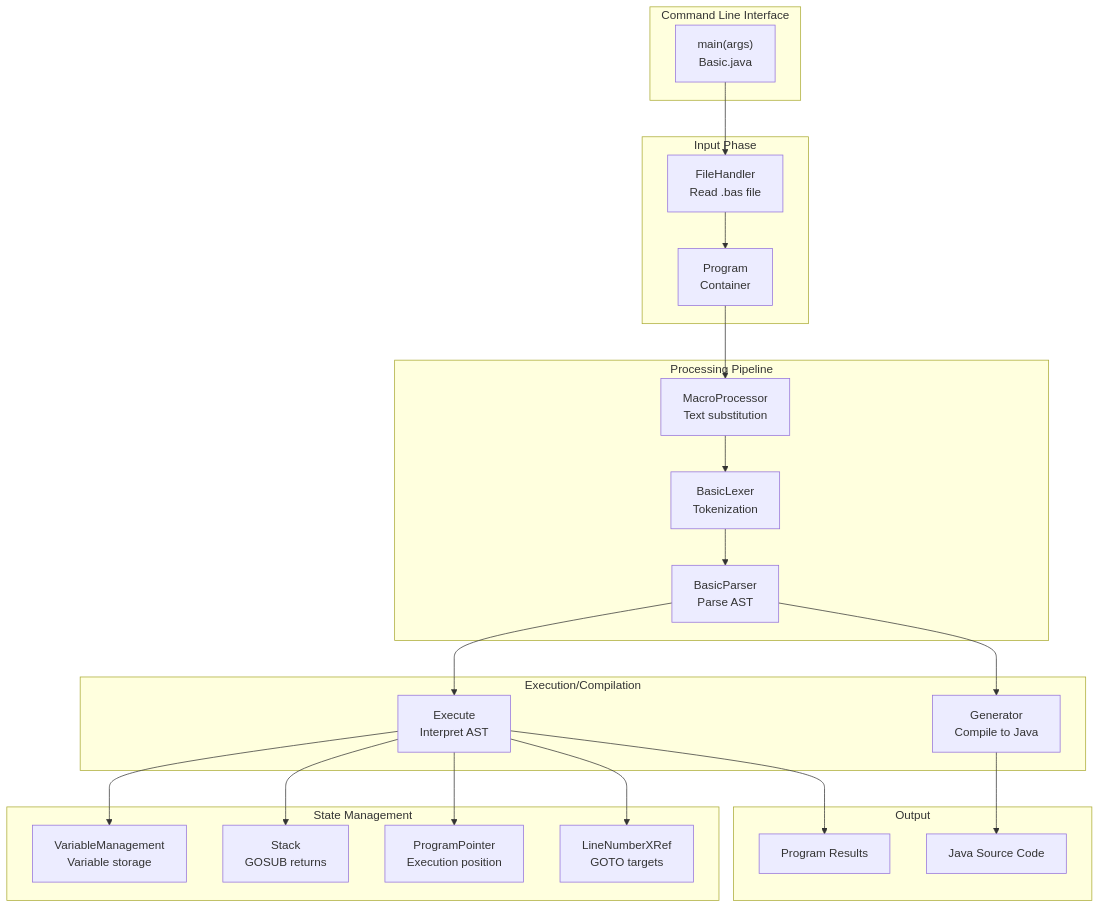
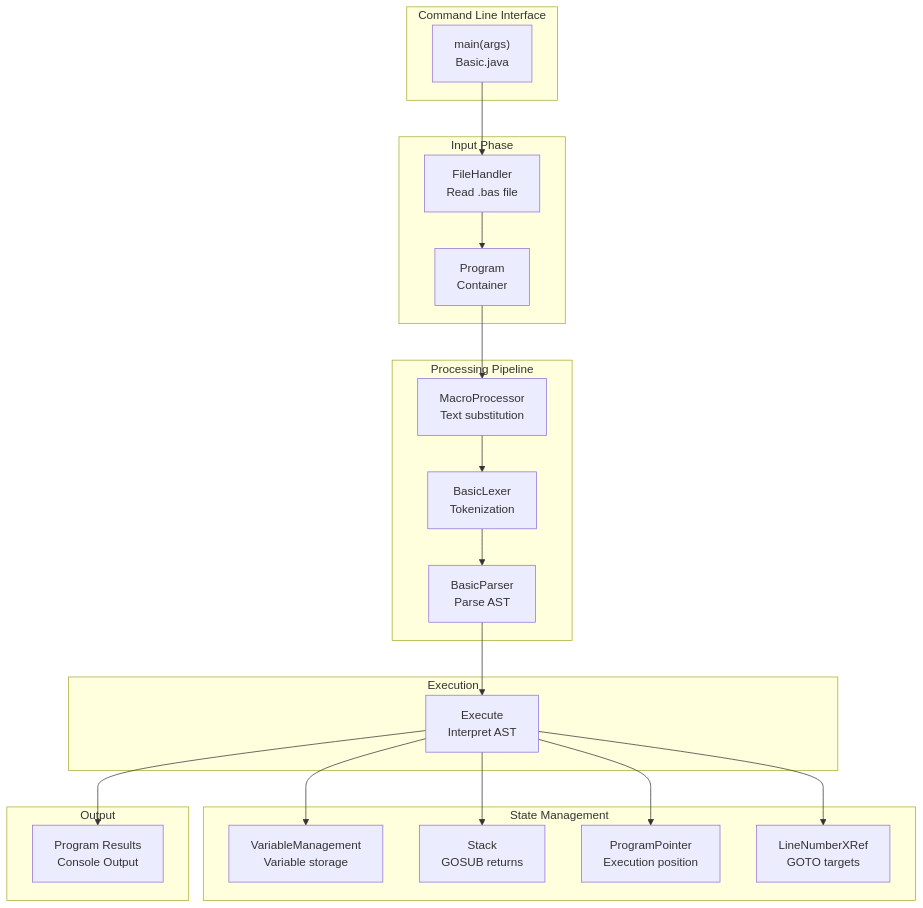
The fifth of 5 diagrams in doc/GD-BASIC_Detailed_Design.md (andreas-grimm/GD-BASIC), drawn with Mermaid before and after one commit. The commit also changed other lines of this file, not shown here.

First line of the commit message:
Remove all compiler/code generation references - interpreter only

````diff
--- a/doc/GD-BASIC_Detailed_Design.md
+++ b/doc/GD-BASIC_Detailed_Design.md
@@ -3726,52 +3501,48 @@
 ```mermaid
 graph TD
     subgraph CLI["Command Line Interface"]
         Main["main(args)<br/>Basic.java"]
     end
     
     subgraph Input["Input Phase"]
         FileHandler["FileHandler<br/>Read .bas file"]
         Program["Program<br/>Container"]
     end
     
     subgraph Processing["Processing Pipeline"]
         Macro["MacroProcessor<br/>Text substitution"]
         Lexer["BasicLexer<br/>Tokenization"]
         Parser["BasicParser<br/>Parse AST"]
     end
     
-    subgraph Runtime["Execution/Compilation"]
+    subgraph Runtime["Execution"]
         Execute["Execute<br/>Interpret AST"]
-        Generator["Generator<br/>Compile to Java"]
     end
     
     subgraph State["State Management"]
         VarMgr["VariableManagement<br/>Variable storage"]
         Stack["Stack<br/>GOSUB returns"]
         Pointer["ProgramPointer<br/>Execution position"]
         LinXRef["LineNumberXRef<br/>GOTO targets"]
     end
     
     subgraph Output["Output"]
-        Output1["Program Results"]
-        Output2["Java Source Code"]
+        Output1["Program Results<br/>Console Output"]
     end
     
     Main --> FileHandler
     FileHandler --> Program
     
     Program --> Macro
     Macro --> Lexer
     Lexer --> Parser
     
     Parser --> Execute
-    Parser --> Generator
     
     Execute --> VarMgr
     Execute --> Stack
     Execute --> Pointer
     Execute --> LinXRef
     
     Execute --> Output1
-    Generator --> Output2
 ```
````
